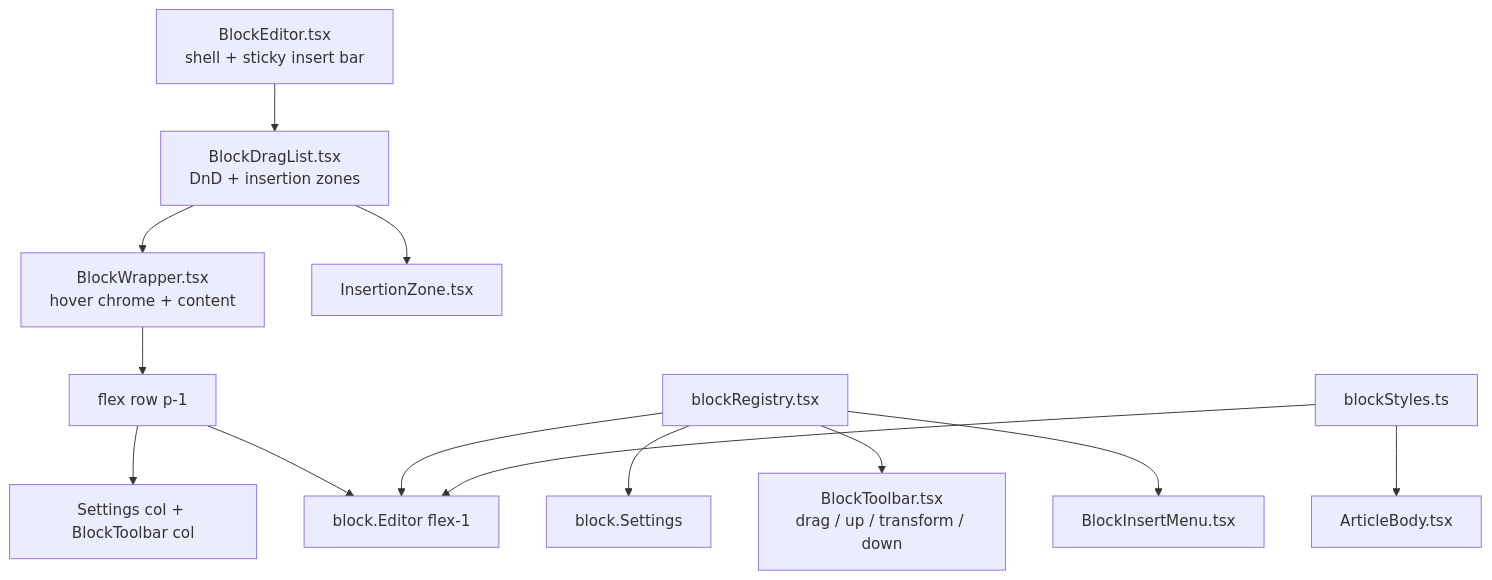
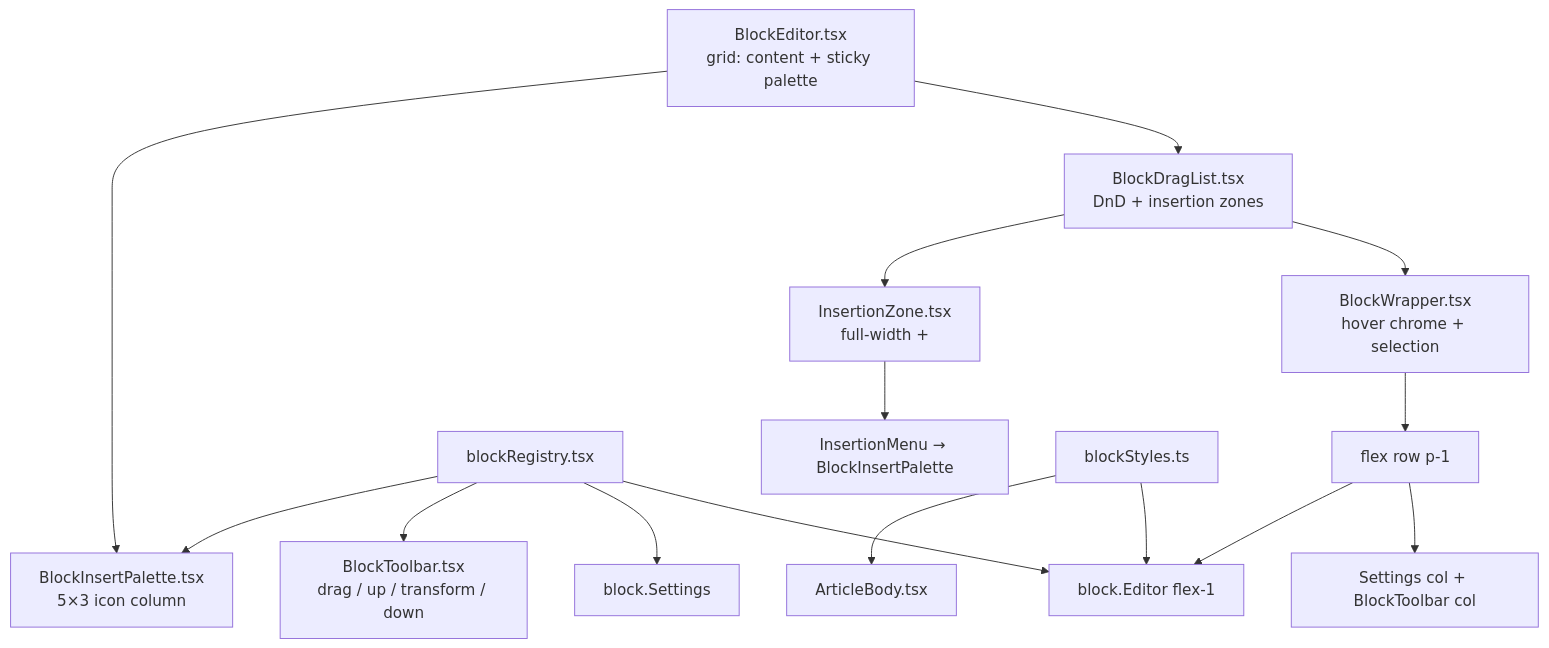
Before and after one commit to dash000meyti/nextgen-cms-Pelak: the diagram in docs/BLOCK-EDITOR.md, drawn with Mermaid. The commit also changed other lines of this file and 89 other files, not shown here.

````diff
--- a/docs/BLOCK-EDITOR.md
+++ b/docs/BLOCK-EDITOR.md
@@ -24,15 +25,17 @@
 ```mermaid
 flowchart TB
-  Shell["BlockEditor.tsx<br/>shell + sticky insert bar"] --> DragList["BlockDragList.tsx<br/>DnD + insertion zones"]
-  DragList --> Wrapper["BlockWrapper.tsx<br/>hover chrome + content"]
+  Shell["BlockEditor.tsx<br/>grid: content + sticky palette"] --> DragList["BlockDragList.tsx<br/>DnD + insertion zones"]
+  Shell --> Palette["BlockInsertPalette.tsx<br/>5×3 icon column"]
+  DragList --> Wrapper["BlockWrapper.tsx<br/>hover chrome + selection"]
   Wrapper --> Row["flex row p-1"]
   Row --> Chrome["Settings col + BlockToolbar col"]
   Row --> Editor["block.Editor flex-1"]
   Registry["blockRegistry.tsx"] --> Editor
   Registry --> Settings["block.Settings"]
   Registry --> Toolbar["BlockToolbar.tsx<br/>drag / up / transform / down"]
-  Registry --> InsertMenu["BlockInsertMenu.tsx"]
-  DragList --> Zone["InsertionZone.tsx"]
+  Registry --> Palette
+  DragList --> Zone["InsertionZone.tsx<br/>full-width +"]
+  Zone --> Menu["InsertionMenu → BlockInsertPalette"]
   Styles["blockStyles.ts"] --> Editor
   Styles --> Public["ArticleBody.tsx"]
 ```
````
